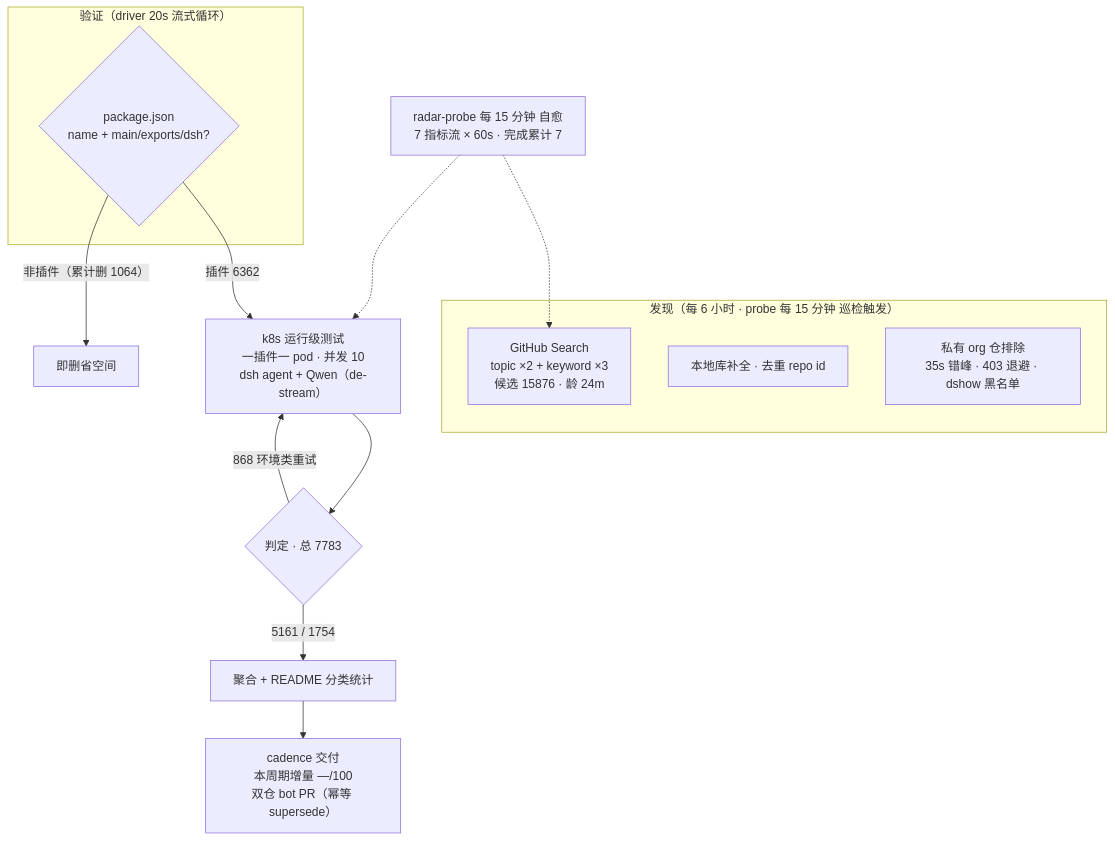
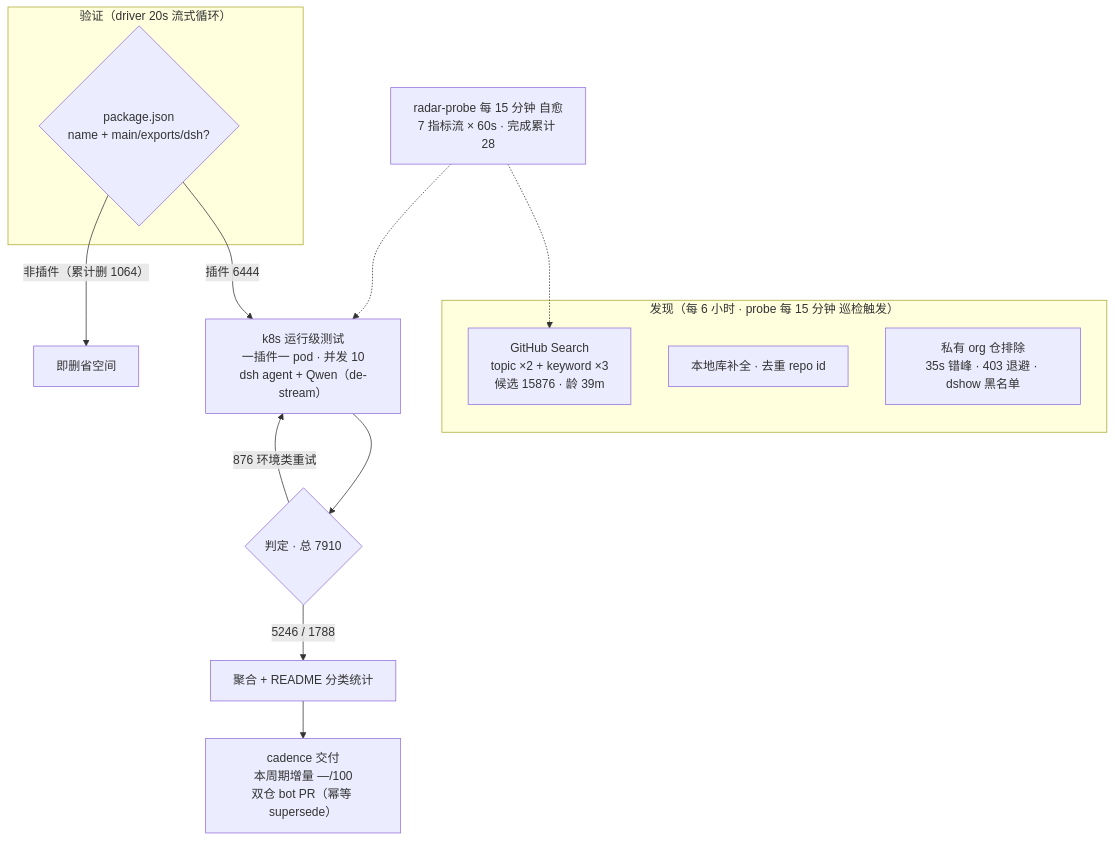
Before and after one commit to Zhidao-Lab-OSS/awesome-dsh-plugins: the diagram in README.md, drawn with Mermaid. The commit also changed other lines of this file and 1 other file, not shown here.

````diff
--- a/README.md
+++ b/README.md
@@ -37,20 +37,20 @@
 ```mermaid
 flowchart TB
     subgraph Discovery["发现（每 6 小时 · probe 每 15 分钟 巡检触发）"]
-        A1["GitHub Search<br/>topic ×2 + keyword ×3<br/>候选 15876 · 龄 24m"]
+        A1["GitHub Search<br/>topic ×2 + keyword ×3<br/>候选 15876 · 龄 39m"]
         A2["本地库补全 · 去重 repo id"]
         A3["私有 org 仓排除<br/>35s 错峰 · 403 退避 · dshow 黑名单"]
     end
     subgraph Validation["验证（driver 20s 流式循环）"]
         B1{"package.json<br/>name + main/exports/dsh?"}
     end
-    B1 -->|"插件 6362"| C1["k8s 运行级测试<br/>一插件一 pod · 并发 10<br/>dsh agent + Qwen（de-stream）"]
+    B1 -->|"插件 6444"| C1["k8s 运行级测试<br/>一插件一 pod · 并发 10<br/>dsh agent + Qwen（de-stream）"]
     B1 -->|"非插件（累计删 1064）"| B3["即删省空间"]
-    C1 --> D1{"判定 · 总 7783"}
-    D1 -->|"5161 / 1754"| E1["聚合 + README 分类统计"]
-    D1 -->|"868 环境类重试"| C1
+    C1 --> D1{"判定 · 总 7910"}
+    D1 -->|"5246 / 1788"| E1["聚合 + README 分类统计"]
+    D1 -->|"876 环境类重试"| C1
     E1 --> E2["cadence 交付<br/>本周期增量 —/100<br/>双仓 bot PR（幂等 supersede）"]
-    M["radar-probe 每 15 分钟 自愈<br/>7 指标流 × 60s · 完成累计 7"]
+    M["radar-probe 每 15 分钟 自愈<br/>7 指标流 × 60s · 完成累计 28"]
     M -.-> A1
     M -.-> C1
 ```
````
